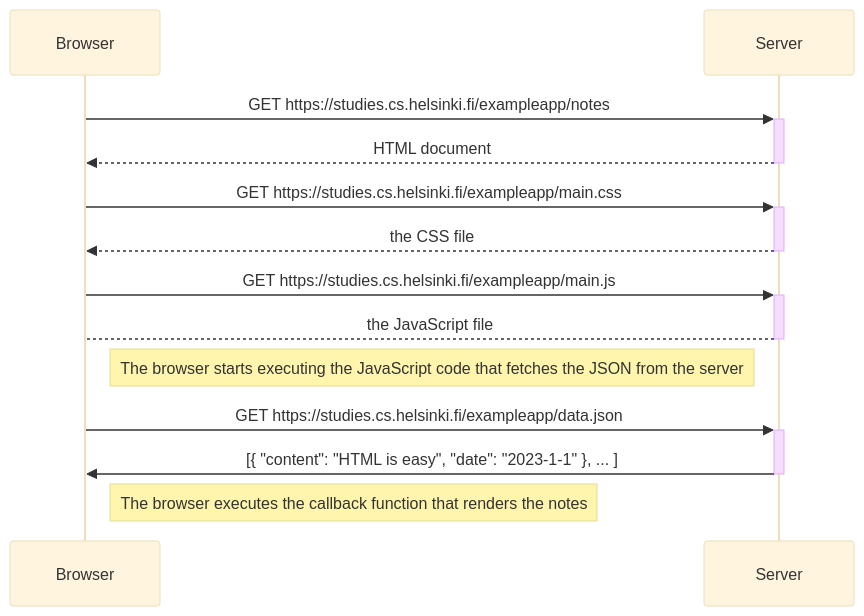
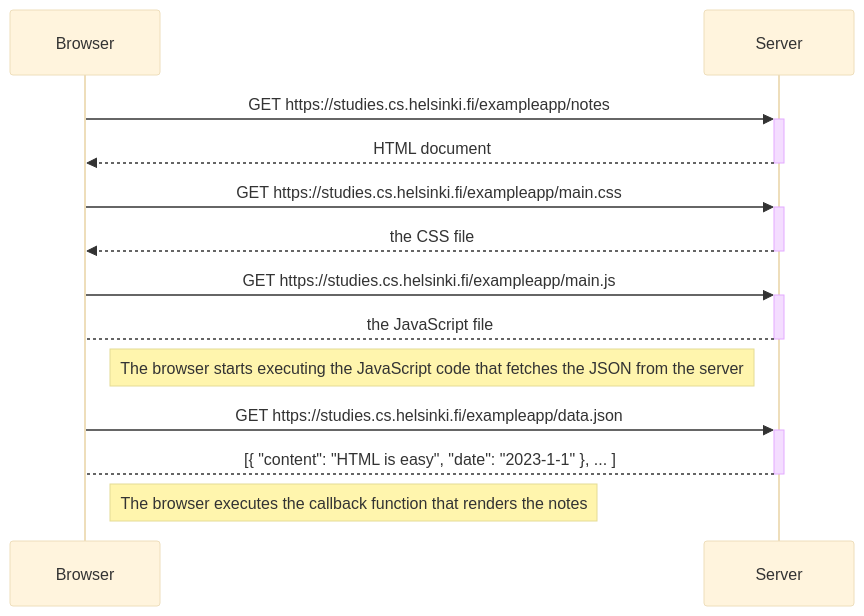
One commit to manroe887/Exercise-HTML-0.1.-0.6. changed the first of 2 diagrams in README.md. Above: the diagram before and after it, drawn with Mermaid (base theme). The commit also changed other lines of this file, not shown here.

Commit message:
Fix formatting issues in README.md

````diff
--- a/README.md
+++ b/README.md
@@ -6,13 +6,13 @@
 ```mermaid
 sequenceDiagram;
     Browser ->>+ Server: GET https://studies.cs.helsinki.fi/exampleapp/notes
     Server -->>- Browser : HTML document
     Browser ->>+ Server: GET https://studies.cs.helsinki.fi/exampleapp/main.css
     Server -->>- Browser: the CSS file
     Browser ->>+ Server: GET https://studies.cs.helsinki.fi/exampleapp/main.js
     Server -->- Browser: the JavaScript file
     Note right of Browser: The browser starts executing the JavaScript code that fetches the JSON from the server
     Browser ->>+ Server: GET https://studies.cs.helsinki.fi/exampleapp/data.json
-    Server ->>- Browser: [{ "content": "HTML is easy", "date": "2023-1-1" }, ... ]
+    Server -->- Browser: [{ "content": "HTML is easy", "date": "2023-1-1" }, ... ]
     Note right of Browser: The browser executes the callback function that renders the notes
 ```
````
